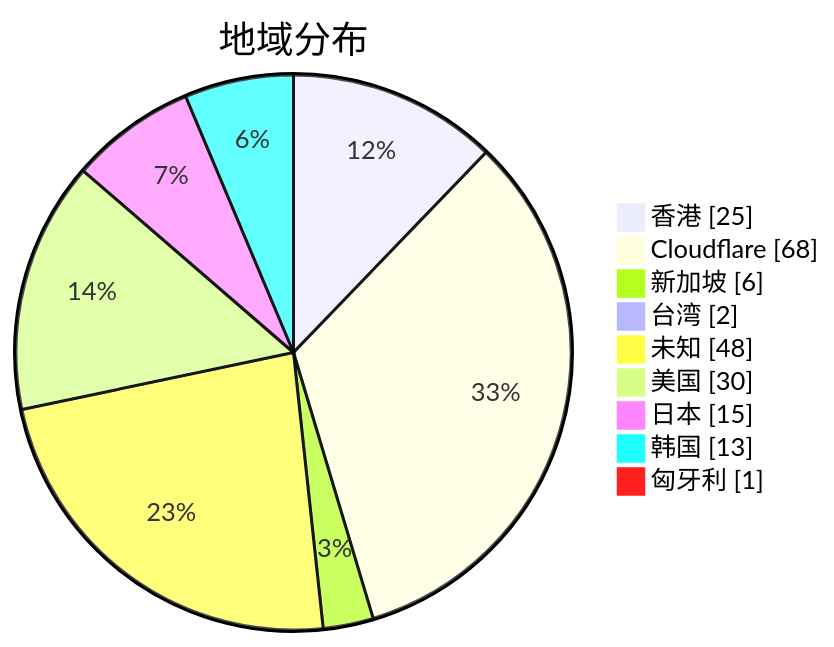
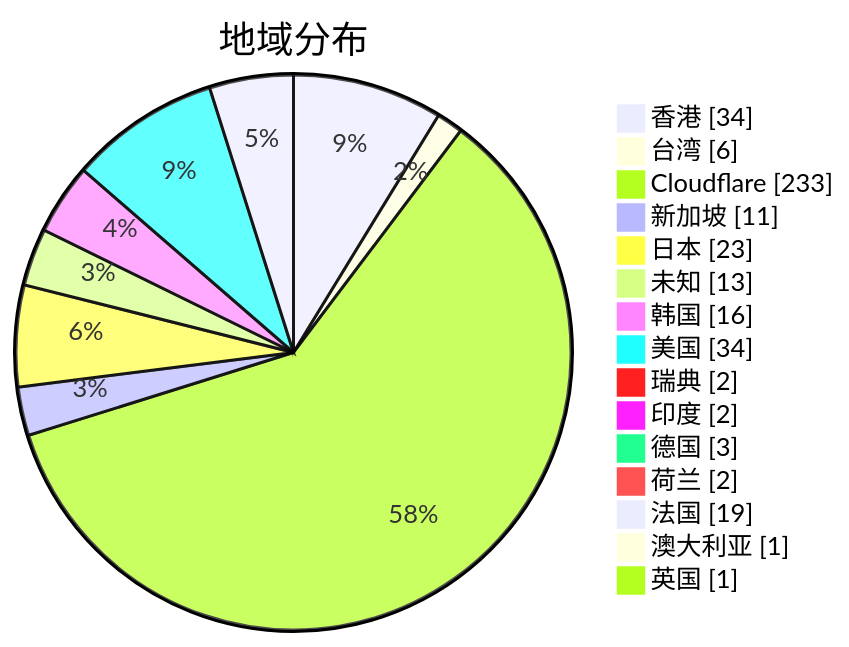
The second of 3 diagrams in subs/statistics/tested_within.md (qjlxg/airport), drawn with Mermaid before and after one commit. The commit also changed other lines of this file and 2 other files, not shown here.

Commit message:
Tested by metaST

````diff
--- a/subs/statistics/tested_within.md
+++ b/subs/statistics/tested_within.md
@@ -11,13 +13,19 @@
 ```mermaid
 pie showData
 title 地域分布
-"香港" : 25
-"Cloudflare" : 68
-"新加坡" : 6
-"台湾" : 2
-"未知" : 48
-"美国" : 30
-"日本" : 15
-"韩国" : 13
-"匈牙利" : 1
+"香港" : 34
+"台湾" : 6
+"Cloudflare" : 233
+"新加坡" : 11
+"日本" : 23
+"未知" : 13
+"韩国" : 16
+"美国" : 34
+"瑞典" : 2
+"印度" : 2
+"德国" : 3
+"荷兰" : 2
+"法国" : 19
+"澳大利亚" : 1
+"英国" : 1
 ```
````
